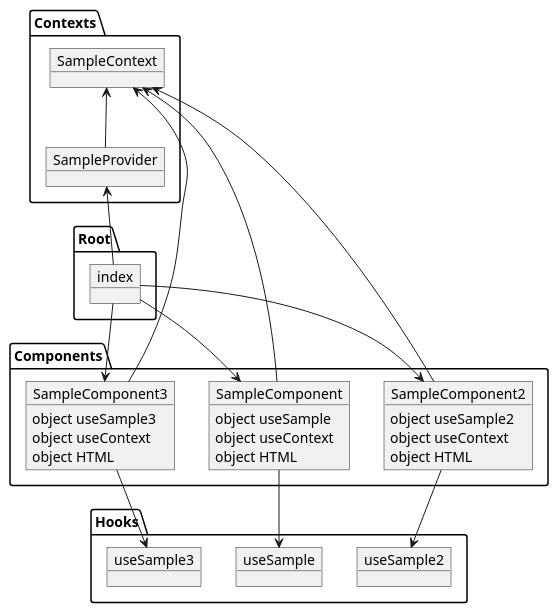
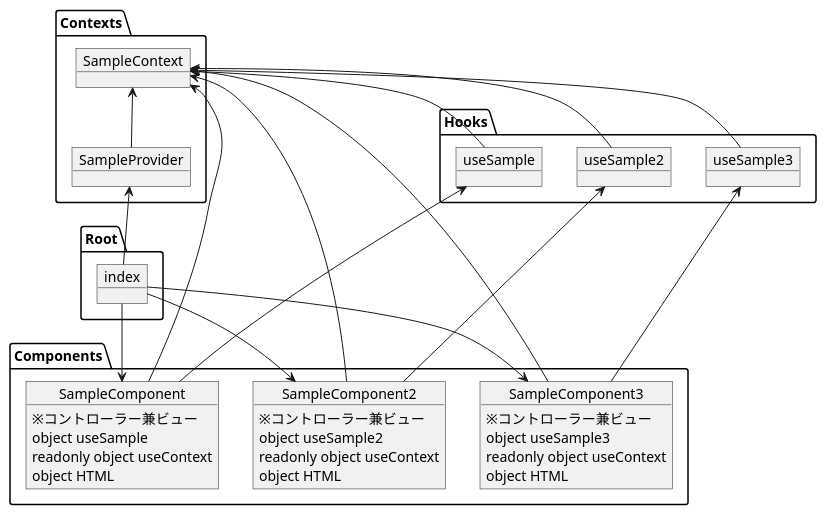
One commit to eiei114/im-ts-frontend-template changed the second of 2 diagrams in docs/architecture.wsd. Above: the diagram before and after it, drawn with PlantUML.

```diff
--- a/docs/architecture.wsd
+++ b/docs/architecture.wsd
@@ -43,51 +43,58 @@
 @startuml hook_and_context
 
 namespace Root {
     object index
 }
 
 namespace Contexts {
     object SampleProvider
     object SampleContext
 }
 
 namespace Components {
     object SampleComponent {
+        ※コントローラー兼ビュー
         object useSample
-        object useContext
+        readonly object useContext
         object HTML 
     }
     object SampleComponent2 {
+        ※コントローラー兼ビュー
         object useSample2
-        object useContext
+        readonly object useContext
         object HTML
     }
     object SampleComponent3 {
+        ※コントローラー兼ビュー
         object useSample3
-        object useContext
+        readonly object useContext
         object HTML
     }
 }
 
 namespace Hooks {
     object useSample
     object useSample2
     object useSample3
 }
 
 index -down-> SampleComponent
 index -down-> SampleComponent2
 index -down-> SampleComponent3
 index -up-> SampleProvider
 
 SampleProvider -up-> SampleContext
 
-SampleComponent -down-> useSample
-SampleComponent2 -down-> useSample2
-SampleComponent3 -down-> useSample3
+SampleComponent -up-> useSample
+SampleComponent2 -up-> useSample2
+SampleComponent3 -up-> useSample3
 
 SampleComponent -up-> SampleContext
 SampleComponent2 -up-> SampleContext
 SampleComponent3 -up-> SampleContext
 
+useSample -up-> SampleContext
+useSample2 -up-> SampleContext
+useSample3 -up-> SampleContext
+
 @enduml
```
